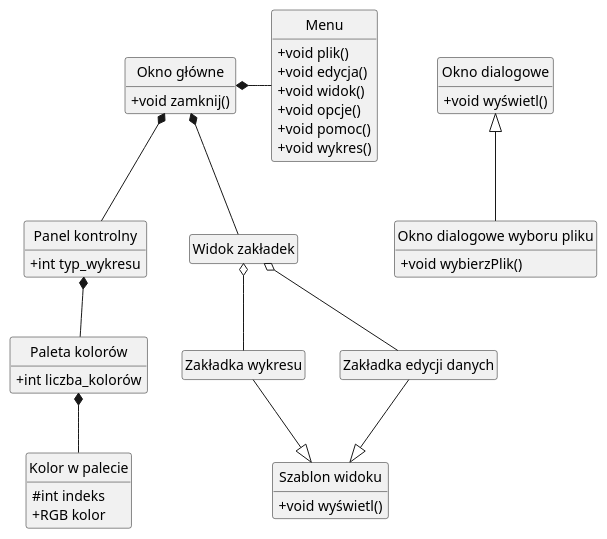
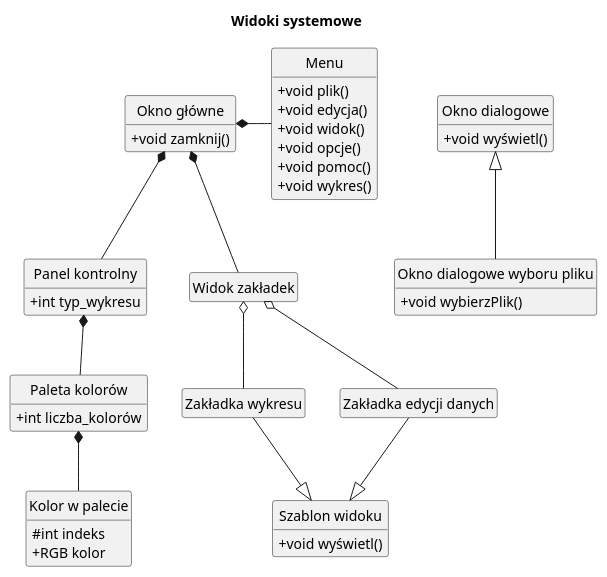
The diagram in src/ui/views/views__system.puml (resultfulness/pgui-uml), drawn with PlantUML before and after one commit. The commit also changed 9 other files, not shown here.

```diff
--- a/src/ui/views/views__system.puml
+++ b/src/ui/views/views__system.puml
@@ -1,60 +1,62 @@
 @startuml
 skinparam classAttributeIconSize 0
 hide empty members
 hide circle
+
+title Widoki systemowe
 
 class "Okno główne" as main_window {
     +void zamknij()
 }
 
 class Menu {
     +void plik()
     +void edycja()
     +void widok()
     +void opcje()
     +void pomoc()
     +void wykres()
 }
 
 class "Panel kontrolny" as control_panel {
     +int typ_wykresu
 }
 
 class "Paleta kolorów" as color_palette {
     +int liczba_kolorów
 }
 class "Kolor w palecie" as color {
     #int indeks
     +RGB kolor
 }
 
 class "Szablon widoku" as view_template {
     +void wyświetl()
 }
 
 class "Widok zakładek" as tab_view
 class "Zakładka wykresu" as chart_tab
 class "Zakładka edycji danych" as data_tab
 
 class "Okno dialogowe" as dialog {
     +void wyświetl()
 }
 class "Okno dialogowe wyboru pliku" as file_selector_dialog {
     +void wybierzPlik()
 }
 
 main_window *- Menu
 main_window *-- control_panel
 main_window *-- tab_view
 
 tab_view o-- chart_tab
 tab_view o-- data_tab
 
 control_panel *-- color_palette
 color_palette *-- color
 
 view_template <|-u- data_tab
 view_template <|-u- chart_tab
 
 dialog <|-- file_selector_dialog
 @enduml
```
